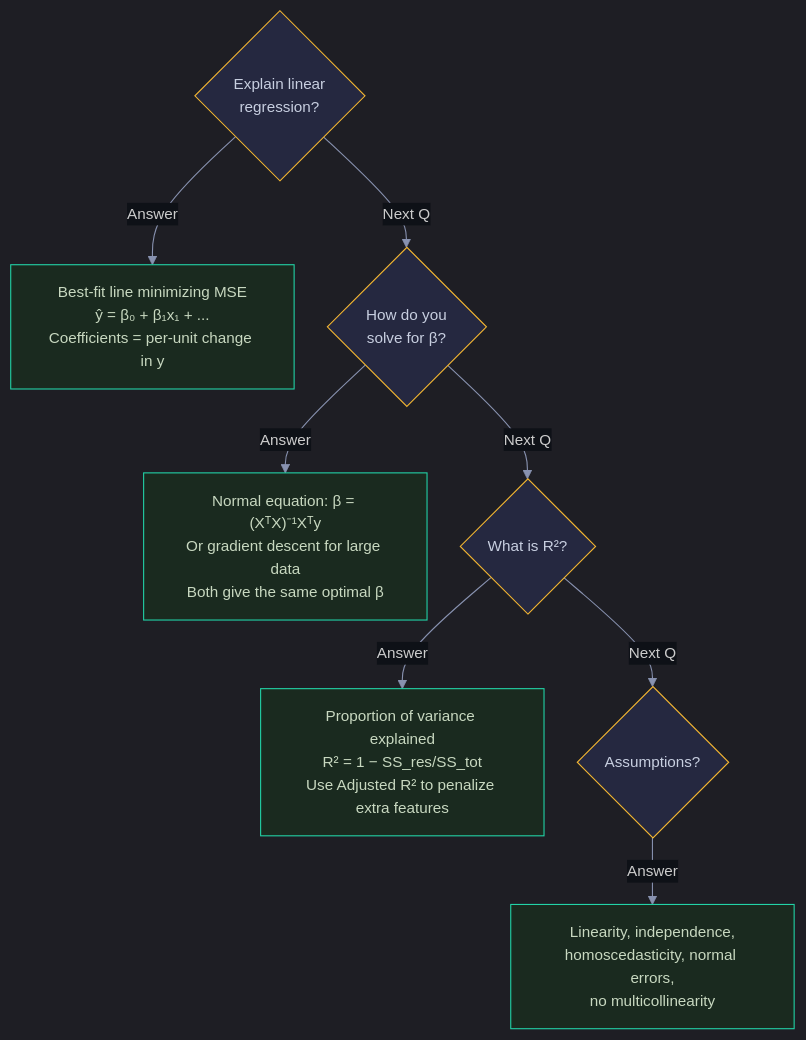
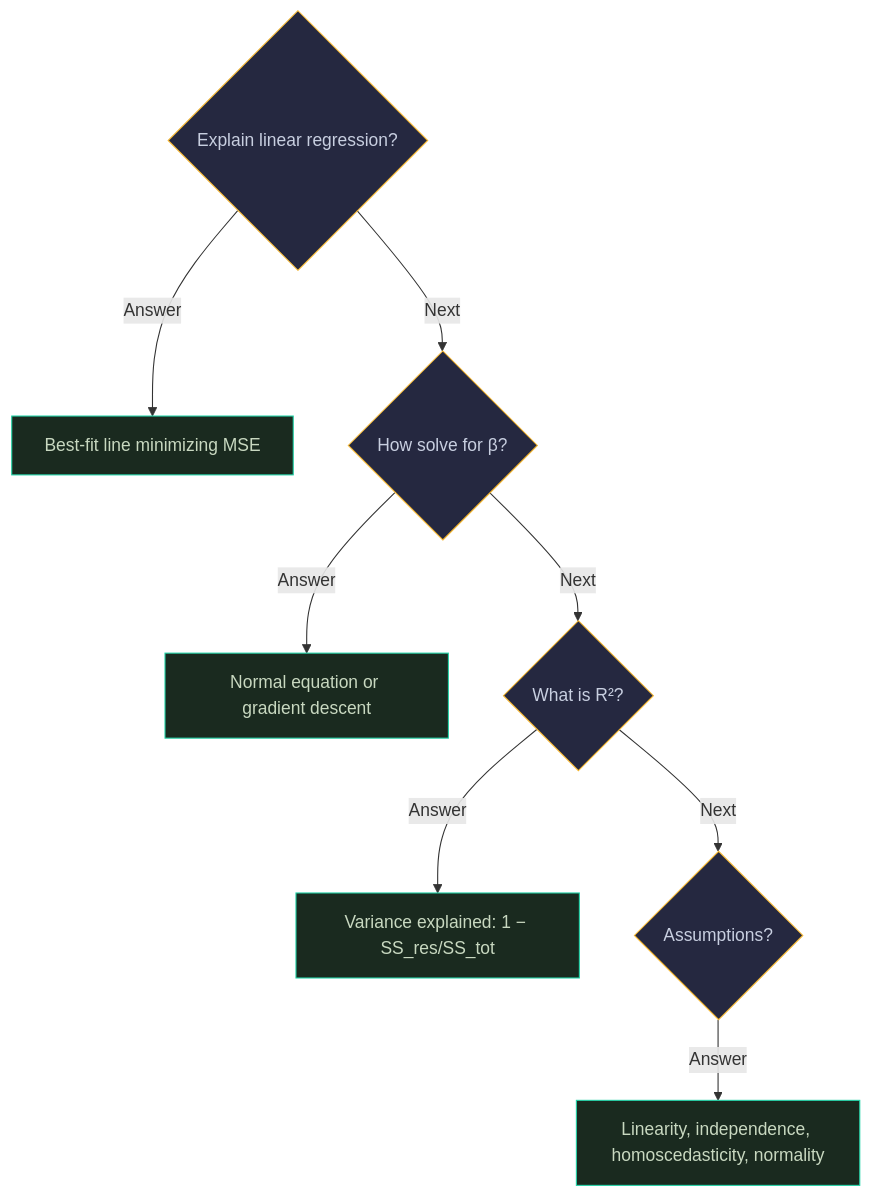
The eighth of 8 diagrams in Documents/Visual_Guides/ML_Concepts/Linear_Regression_Visual.md (snehith1234/StudyCircle), drawn with Mermaid before and after one commit. The commit also changed other lines of this file and 8 other files, not shown here.

Commit message:
Add NN animations, XGBoost section, multicollinearity/autocorrelation, stats explanations, fix mermaid visuals, exploding gradient deep dive

````diff
--- a/Documents/Visual_Guides/ML_Concepts/Linear_Regression_Visual.md
+++ b/Documents/Visual_Guides/ML_Concepts/Linear_Regression_Visual.md
@@ -341,20 +217,18 @@
 ```mermaid
-%%{init: {'theme': 'dark', 'themeVariables': {'darkMode': true, 'background': '#0e1117', 'primaryColor': '#1a1d2e', 'primaryTextColor': '#e2e8f0', 'primaryBorderColor': '#2d3148', 'lineColor': '#8892b0', 'secondaryColor': '#252840', 'tertiaryColor': '#1a1d2e', 'fontSize': '14px', 'edgeLabelBackground': '#0e1117'}, 'flowchart': {'nodeSpacing': 30, 'rankSpacing': 40, 'padding': 15, 'htmlLabels': true}}}%%
 graph TD
-    Q1{"Explain linear<br/>regression?"} -->|Answer| A1["Best-fit line minimizing MSE<br/>ŷ = β₀ + β₁x₁ + ...<br/>Coefficients = per-unit change in y"]
-    Q1 -->|Next Q| Q2{"How do you<br/>solve for β?"}
-    Q2 -->|Answer| A2["Normal equation: β = (XᵀX)⁻¹Xᵀy<br/>Or gradient descent for large data<br/>Both give the same optimal β"]
-    Q2 -->|Next Q| Q3{"What is R²?"}
-    Q3 -->|Answer| A3["Proportion of variance explained<br/>R² = 1 − SS_res/SS_tot<br/>Use Adjusted R² to penalize extra features"]
-    Q3 -->|Next Q| Q4{"Assumptions?"}
-    Q4 -->|Answer| A4["Linearity, independence,<br/>homoscedasticity, normal errors,<br/>no multicollinearity"]
-
+    Q1{"Explain linear regression?"} -->|Answer| A1["Best-fit line minimizing MSE"]
+    Q1 -->|Next| Q2{"How solve for β?"}
+    Q2 -->|Answer| A2["Normal equation or gradient descent"]
+    Q2 -->|Next| Q3{"What is R²?"}
+    Q3 -->|Answer| A3["Variance explained: 1 − SS_res/SS_tot"]
+    Q3 -->|Next| Q4{"Assumptions?"}
+    Q4 -->|Answer| A4["Linearity, independence, homoscedasticity, normality"]
     style Q1 fill:#252840,stroke:#f5b731,color:#c8cfe0
     style Q2 fill:#252840,stroke:#f5b731,color:#c8cfe0
     style Q3 fill:#252840,stroke:#f5b731,color:#c8cfe0
     style Q4 fill:#252840,stroke:#f5b731,color:#c8cfe0
     style A1 fill:#1a2a1f,stroke:#22d3a7,color:#c8d8c0
     style A2 fill:#1a2a1f,stroke:#22d3a7,color:#c8d8c0
     style A3 fill:#1a2a1f,stroke:#22d3a7,color:#c8d8c0
     style A4 fill:#1a2a1f,stroke:#22d3a7,color:#c8d8c0
 ```
````
